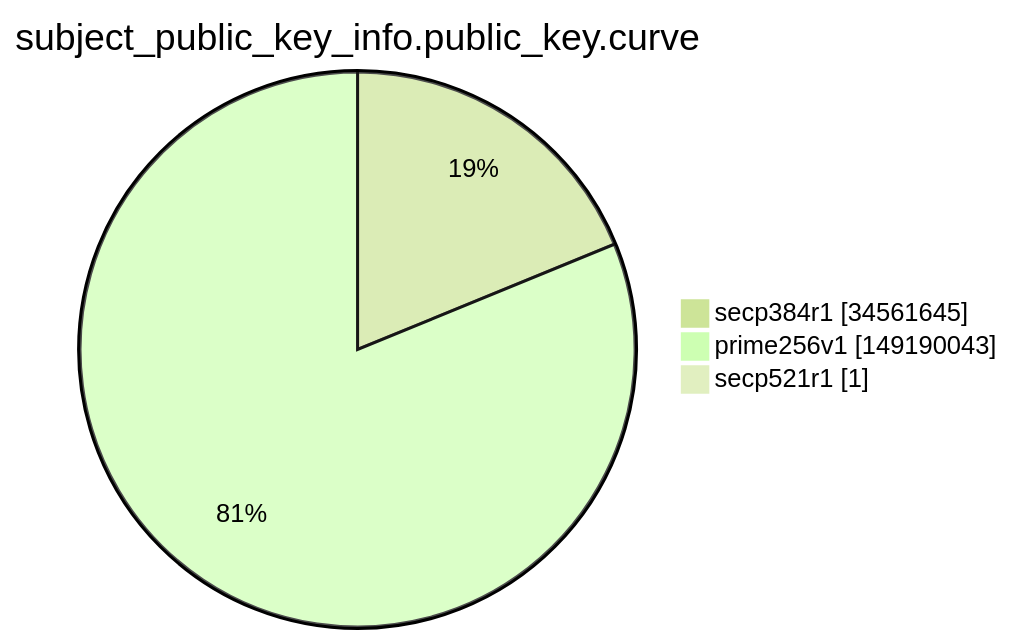
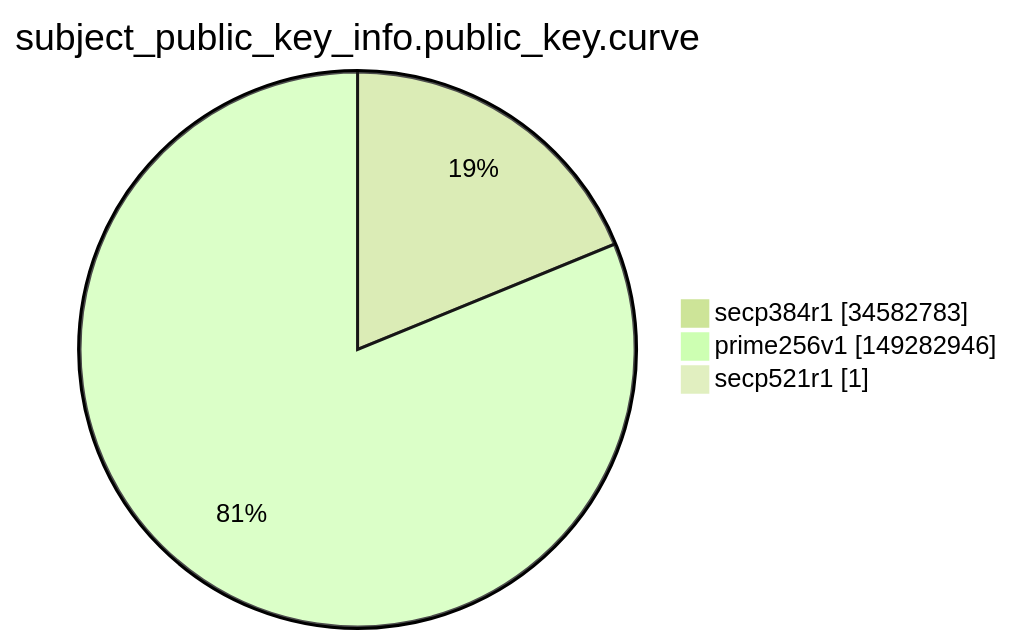
Before and after one commit to christiankrug/ctmonitor_visualization: the ninth of 15 diagrams in argon2022/README.md, drawn with Mermaid (forest theme). The commit also changed other lines of this file, not shown here.

````diff
--- a/argon2022/README.md
+++ b/argon2022/README.md
@@ -2764,7 +2764,7 @@
 ```mermaid
 pie showData
 title subject_public_key_info.public_key.curve
-"secp384r1" :34561645
-"prime256v1" :149190043
+"secp384r1" :34582783
+"prime256v1" :149282946
 "secp521r1" :1
 ```
````
